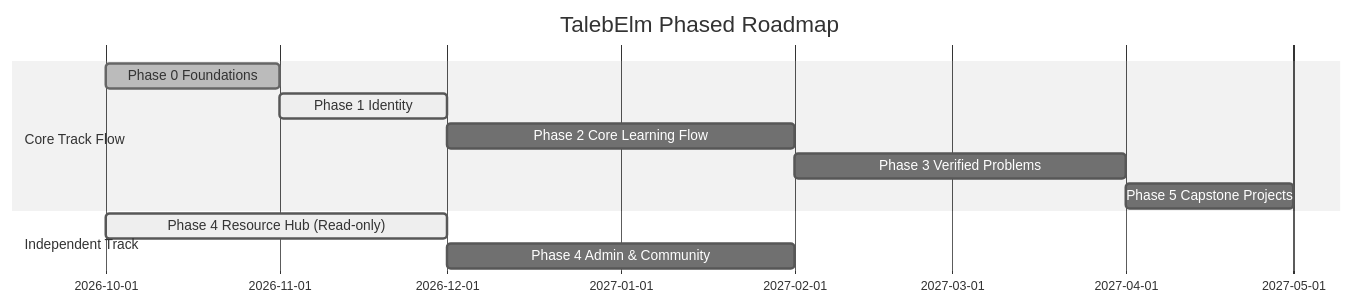
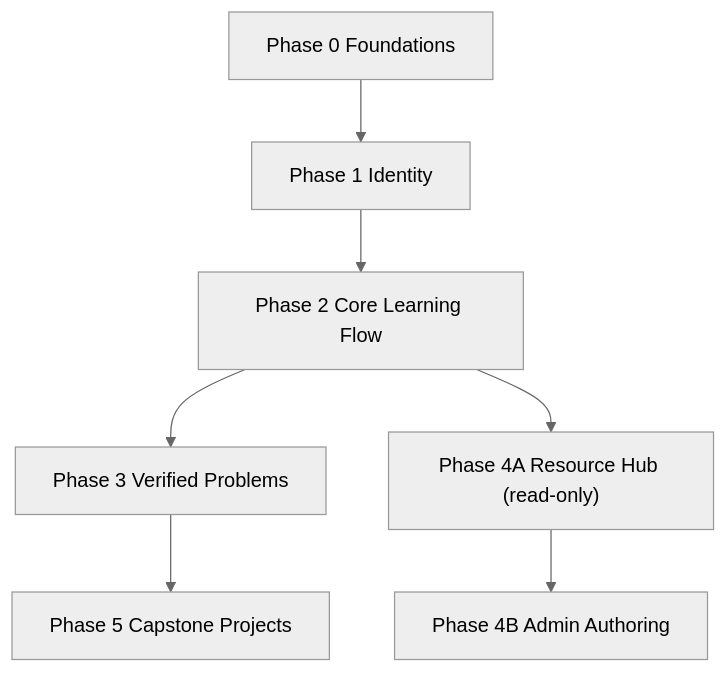
One commit to Tawjjeh/TalebElm changed the diagram in docs/business/ROADMAP.md. Above: the diagram before and after it, drawn with Mermaid (neutral theme). The commit also changed other lines of this file and 26 other files, not shown here.

Commit message:
docs: fix design gaps and align verification, capstone, and hub specs

````diff
--- a/docs/business/ROADMAP.md
+++ b/docs/business/ROADMAP.md
@@ -10,14 +10,9 @@
 ```mermaid
-gantt
-    title TalebElm Phased Roadmap
-    dateFormat  YYYY-MM
-    section Core Track Flow
-    Phase 0 Foundations           :done,    p0, 2026-10, 1M
-    Phase 1 Identity               :active,  p1, after p0, 1M
-    Phase 2 Core Learning Flow     :         p2, after p1, 2M
-    Phase 3 Verified Problems      :         p3, after p2, 2M
-    Phase 5 Capstone Projects      :         p5, after p3, 1M
-    section Independent Track
-    Phase 4 Resource Hub (Read-only):active, p4, 2026-10, 2M
-    Phase 4 Admin & Community      :         p4b, after p4, 2M
+flowchart TD
+    P0["Phase 0 Foundations"] --> P1["Phase 1 Identity"]
+    P1 --> P2["Phase 2 Core Learning Flow"]
+    P2 --> P3["Phase 3 Verified Problems"]
+    P2 --> P4["Phase 4A Resource Hub (read-only)"]
+    P3 --> P5["Phase 5 Capstone Projects"]
+    P4 --> P4B["Phase 4B Admin Authoring"]
 ```
````
